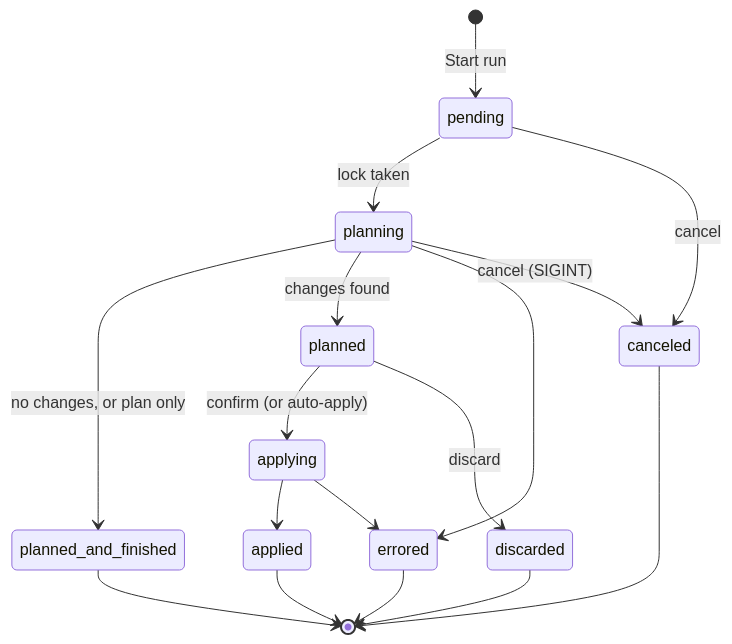
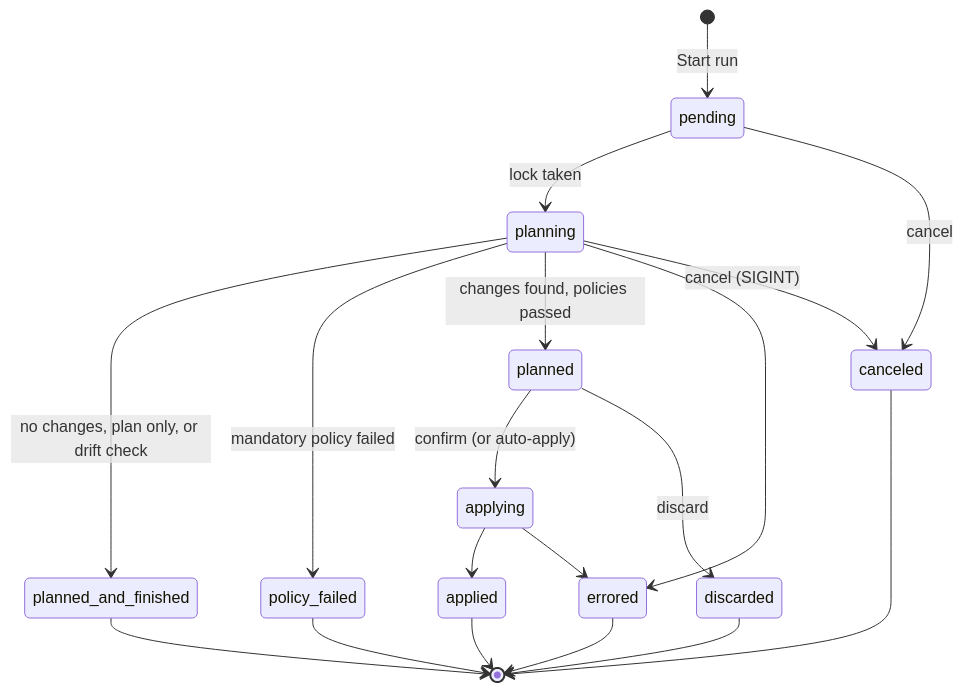
The second of 2 diagrams in docs/ARCHITECTURE.md (MJNakum/Tuffie), drawn with Mermaid before and after one commit. The commit also changed other lines of this file and 41 other files, not shown here.

First line of the commit message:
Add variable sets, Rego policy checks and scheduled drift detection

````diff
--- a/docs/ARCHITECTURE.md
+++ b/docs/ARCHITECTURE.md
@@ -55,19 +57,21 @@
 ```mermaid
 stateDiagram-v2
   [*] --> pending: Start run
   pending --> planning: lock taken
   pending --> canceled: cancel
-  planning --> planned_and_finished: no changes, or plan only
-  planning --> planned: changes found
+  planning --> planned_and_finished: no changes, plan only, or drift check
+  planning --> policy_failed: mandatory policy failed
+  planning --> planned: changes found, policies passed
   planning --> errored
   planning --> canceled: cancel (SIGINT)
   planned --> applying: confirm (or auto-apply)
   planned --> discarded: discard
   applying --> applied
   applying --> errored
   planned_and_finished --> [*]
   applied --> [*]
   discarded --> [*]
   errored --> [*]
+  policy_failed --> [*]
   canceled --> [*]
 ```
````
